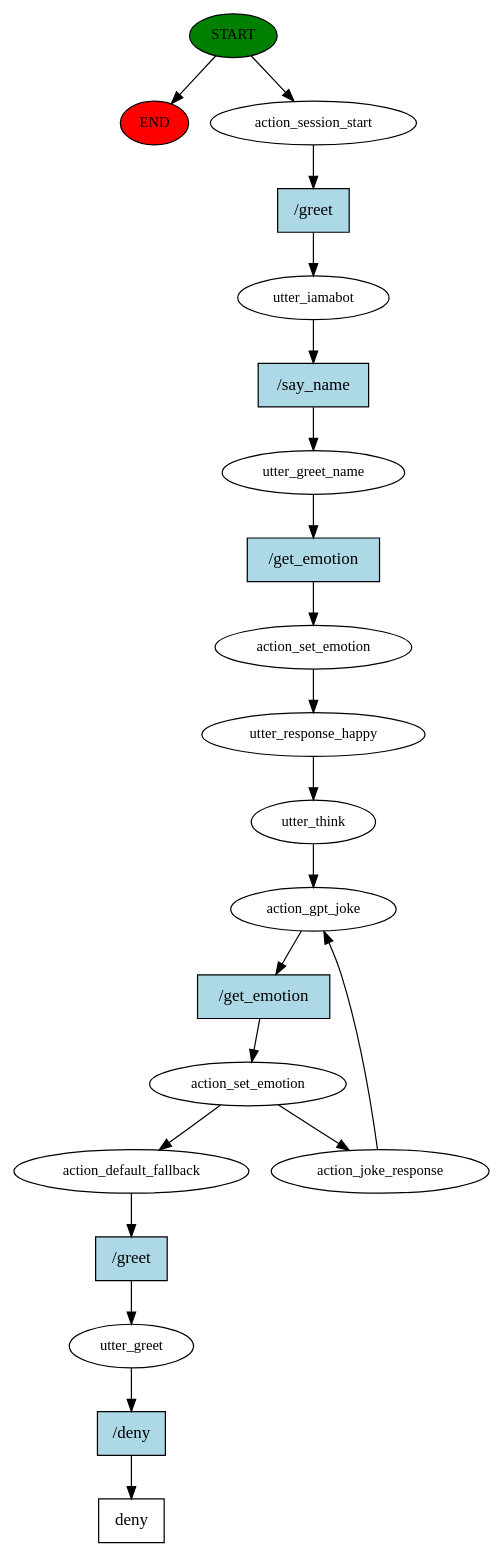
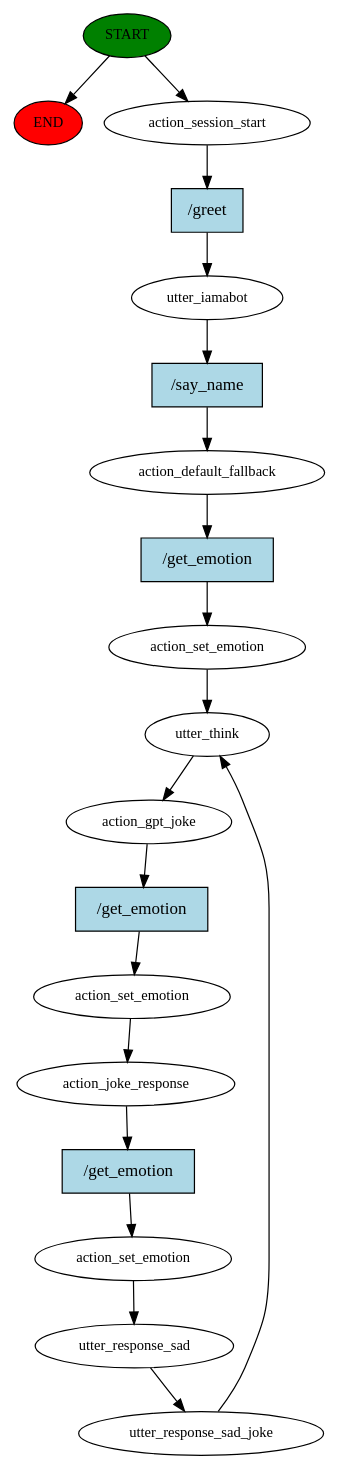
The diagram in story_graph.dot (changchuntzu0618/RASA), drawn with Graphviz before and after one commit. The commit also changed 6 other files, not shown here.

```diff
--- a/story_graph.dot
+++ b/story_graph.dot
@@ -1,42 +1,38 @@
 digraph  {
 0 [class="start active", fillcolor=green, fontsize=12, label=START, style=filled];
 "-1" [class=end, fillcolor=red, fontsize=12, label=END, style=filled];
 1 [class=active, fontsize=12, label=action_session_start];
 2 [class=active, fontsize=12, label=utter_iamabot];
-3 [class=active, fontsize=12, label=utter_greet_name];
+3 [class=active, fontsize=12, label=action_default_fallback];
 4 [class=active, fontsize=12, label=action_set_emotion];
-5 [class=active, fontsize=12, label=utter_response_happy];
-6 [class=active, fontsize=12, label=utter_think];
-7 [class=active, fontsize=12, label=action_gpt_joke];
-8 [class=active, fontsize=12, label=action_set_emotion];
-9 [class=active, fontsize=12, label=action_joke_response];
-12 [class=active, fontsize=12, label=action_default_fallback];
-13 [class=active, fontsize=12, label=utter_greet];
-14 [class="intent dashed active", label=deny, shape=rect];
+5 [class=active, fontsize=12, label=utter_think];
+6 [class=active, fontsize=12, label=action_gpt_joke];
+7 [class="active dashed", fontsize=12, label=action_set_emotion];
+8 [class=active, fontsize=12, label=action_joke_response];
+9 [class=active, fontsize=12, label=action_set_emotion];
+10 [class=active, fontsize=12, label=utter_response_sad];
+11 [class=active, fontsize=12, label=utter_response_sad_joke];
 15 [class="intent active", fillcolor=lightblue, label="/greet", shape=rect, style=filled];
 16 [class="intent active", fillcolor=lightblue, label="/say_name", shape=rect, style=filled];
 17 [class="intent active", fillcolor=lightblue, label="/get_emotion", shape=rect, style=filled];
 18 [class="intent active", fillcolor=lightblue, label="/get_emotion", shape=rect, style=filled];
-19 [class="intent active", fillcolor=lightblue, label="/greet", shape=rect, style=filled];
-20 [class="intent active", fillcolor=lightblue, label="/deny", shape=rect, style=filled];
+19 [class="intent active", fillcolor=lightblue, label="/get_emotion", shape=rect, style=filled];
 0 -> "-1"  [class="", key=NONE, label=""];
 0 -> 1  [class=active, key=NONE, label=""];
 1 -> 15  [class=active, key=0];
 2 -> 16  [class=active, key=0];
 3 -> 17  [class=active, key=0];
 4 -> 5  [class=active, key=NONE, label=""];
 5 -> 6  [class=active, key=NONE, label=""];
-6 -> 7  [class=active, key=NONE, label=""];
-7 -> 18  [class=active, key=0];
-8 -> 9  [class=active, key=NONE, label=""];
-8 -> 12  [class=active, key=NONE, label=""];
-9 -> 7  [class=active, key=NONE, label=""];
-12 -> 19  [class=active, key=0];
-13 -> 20  [class=active, key=0];
+6 -> 18  [class=active, key=0];
+7 -> 8  [class=active, key=NONE, label=""];
+8 -> 19  [class=active, key=0];
+9 -> 10  [class=active, key=NONE, label=""];
+10 -> 11  [class=active, key=NONE, label=""];
+11 -> 5  [class=active, key=NONE, label=""];
 15 -> 2  [class=active, key=0];
 16 -> 3  [class=active, key=0];
 17 -> 4  [class=active, key=0];
-18 -> 8  [class=active, key=0];
-19 -> 13  [class=active, key=0];
-20 -> 14  [class=active, key=0];
+18 -> 7  [class=active, key=0];
+19 -> 9  [class=active, key=0];
 }
```
